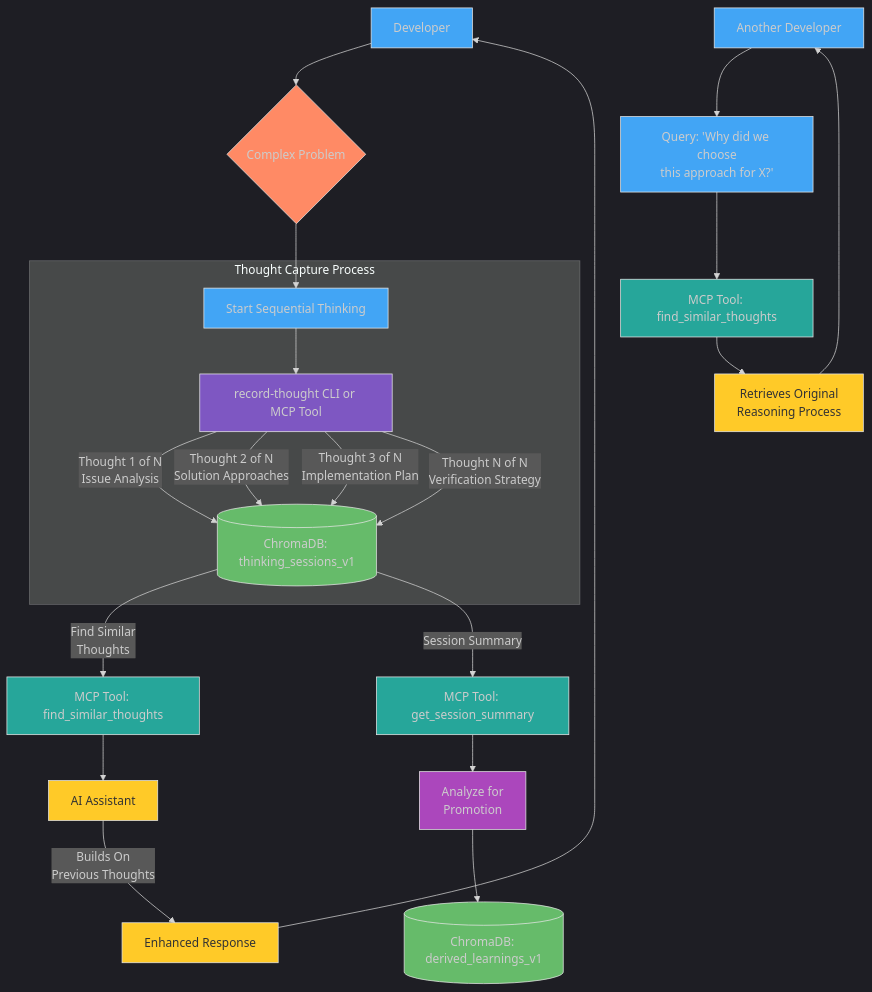
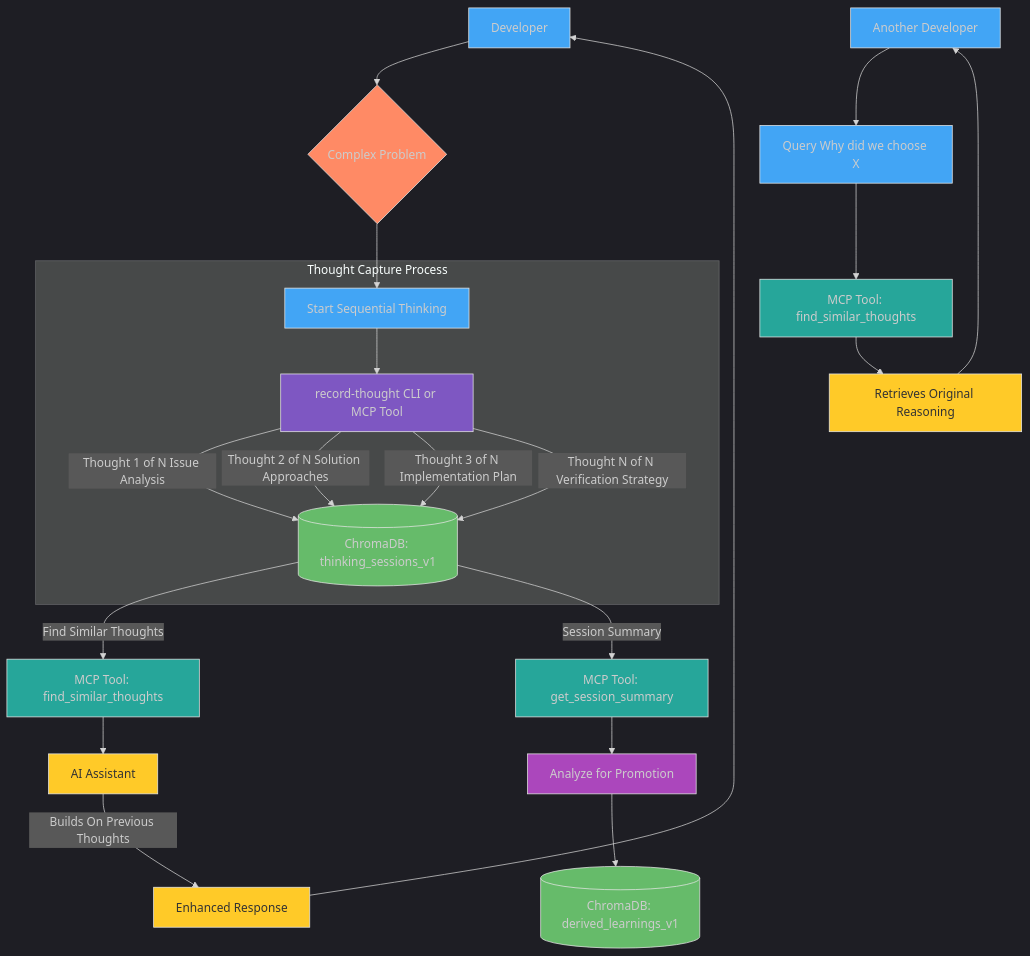
One commit to somebloke1/chroma_mcp_server changed the third of 6 diagrams in docs/getting_started_second_brain.md. Above: the diagram before and after it, drawn with Mermaid. The commit also changed other lines of this file and 25 other files, not shown here.

````diff
--- a/docs/getting_started_second_brain.md
+++ b/docs/getting_started_second_brain.md
@@ -306,44 +316,44 @@
 ```mermaid
 %%{init: {'theme': 'dark'}}%%
 flowchart TD
     A[Developer] --> B{Complex Problem}
     B --> C[Start Sequential Thinking]
     
     subgraph "Thought Capture Process"
         C --> D["record-thought CLI or MCP Tool"]
-        D -- "Thought 1 of N\nIssue Analysis" --> E[(ChromaDB: thinking_sessions_v1)]
-        D -- "Thought 2 of N\nSolution Approaches" --> E
-        D -- "Thought 3 of N\nImplementation Plan" --> E
-        D -- "Thought N of N\nVerification Strategy" --> E
+        D -- "Thought 1 of N Issue Analysis" --> E[(ChromaDB: thinking_sessions_v1)]
+        D -- "Thought 2 of N Solution Approaches" --> E
+        D -- "Thought 3 of N Implementation Plan" --> E
+        D -- "Thought N of N Verification Strategy" --> E
     end
     
-    E -- "Find Similar\nThoughts" --> F[MCP Tool: find_similar_thoughts]
+    E -- "Find Similar Thoughts" --> F[MCP Tool: find_similar_thoughts]
     F --> G[AI Assistant]
-    G -- "Builds On\nPrevious Thoughts" --> H[Enhanced Response]
+    G -- "Builds On Previous Thoughts" --> H[Enhanced Response]
     H --> A
     
     E -- "Session Summary" --> I[MCP Tool: get_session_summary]
-    I --> J["Analyze for\nPromotion"]
+    I --> J["Analyze for Promotion"]
     J --> K[(ChromaDB: derived_learnings_v1)]
     
-    L[Another Developer] --> M["Query: 'Why did we choose\nthis approach for X?'"]
+    L[Another Developer] --> M["Query Why did we choose X"]
     M --> N[MCP Tool: find_similar_thoughts]
-    N --> O["Retrieves Original\nReasoning Process"]
+    N --> O["Retrieves Original Reasoning"]
     O --> L
 
     style A fill:#42A5F5,stroke:#E6E6E6,stroke-width:1px
     style B fill:#FF8A65,stroke:#E6E6E6,stroke-width:1px
     style C fill:#42A5F5,stroke:#E6E6E6,stroke-width:1px
     style D fill:#7E57C2,stroke:#E6E6E6,stroke-width:1px
     style E fill:#66BB6A,stroke:#E6E6E6,stroke-width:1px
     style F fill:#26A69A,stroke:#E6E6E6,stroke-width:1px
     style G fill:#FFCA28,stroke:#E6E6E6,stroke-width:1px,color:#333333
     style H fill:#FFCA28,stroke:#E6E6E6,stroke-width:1px,color:#333333
     style I fill:#26A69A,stroke:#E6E6E6,stroke-width:1px
     style J fill:#AB47BC,stroke:#E6E6E6,stroke-width:1px
     style K fill:#66BB6A,stroke:#E6E6E6,stroke-width:1px
     style L fill:#42A5F5,stroke:#E6E6E6,stroke-width:1px
     style M fill:#42A5F5,stroke:#E6E6E6,stroke-width:1px
     style N fill:#26A69A,stroke:#E6E6E6,stroke-width:1px
     style O fill:#FFCA28,stroke:#E6E6E6,stroke-width:1px,color:#333333
 ```
````
